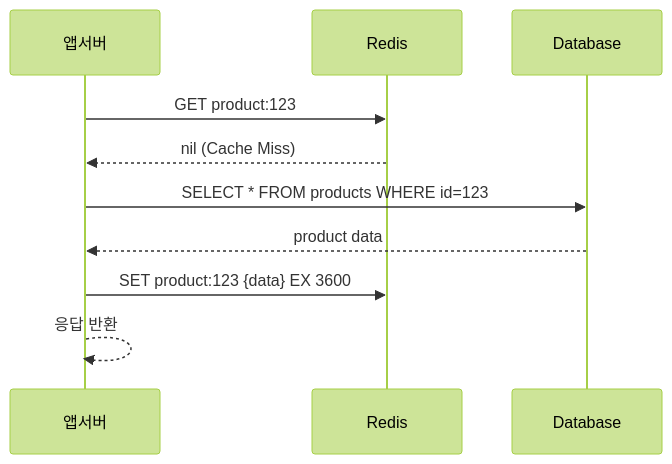
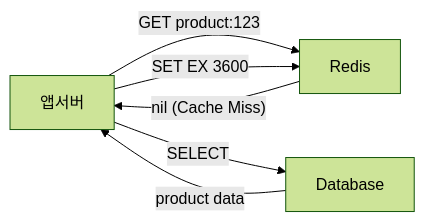
The second of 2 diagrams in _posts/redis/2026-05-12-redis-caching-patterns.md (yjkim2015/yjkim2015.github.io), drawn with Mermaid (forest theme) before and after one commit. The commit also changed 84 other files, not shown here.

First line of the commit message:
85개 포스트 Mermaid 다이어그램 규칙 일괄 수정

````diff
--- a/_posts/redis/2026-05-12-redis-caching-patterns.md
+++ b/_posts/redis/2026-05-12-redis-caching-patterns.md
@@ -158,12 +158,8 @@
 ```mermaid
-sequenceDiagram
-    participant App as 앱서버
-    participant R as Redis
-    participant DB as Database
-    App->>R: GET product:123
-    R-->>App: nil (Cache Miss)
-    App->>DB: SELECT * FROM products WHERE id=123
-    DB-->>App: product data
-    App->>R: SET product:123 {data} EX 3600
-    App-->>App: 응답 반환
+graph LR
+    APP["앱서버"] -->|"GET product:123"| R["Redis"]
+    R -->|"nil (Cache Miss)"| APP
+    APP -->|"SELECT"| DB["Database"]
+    DB -->|"product data"| APP
+    APP -->|"SET EX 3600"| R
 ```
````
